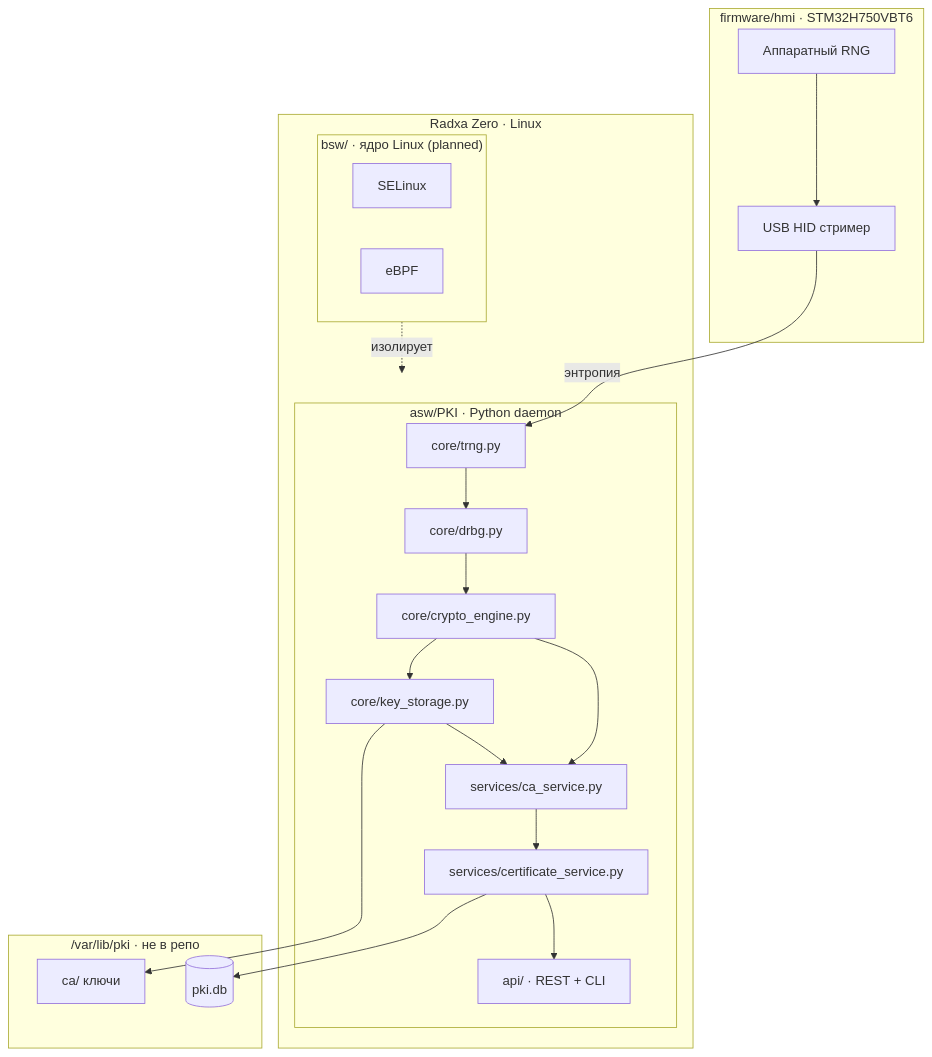
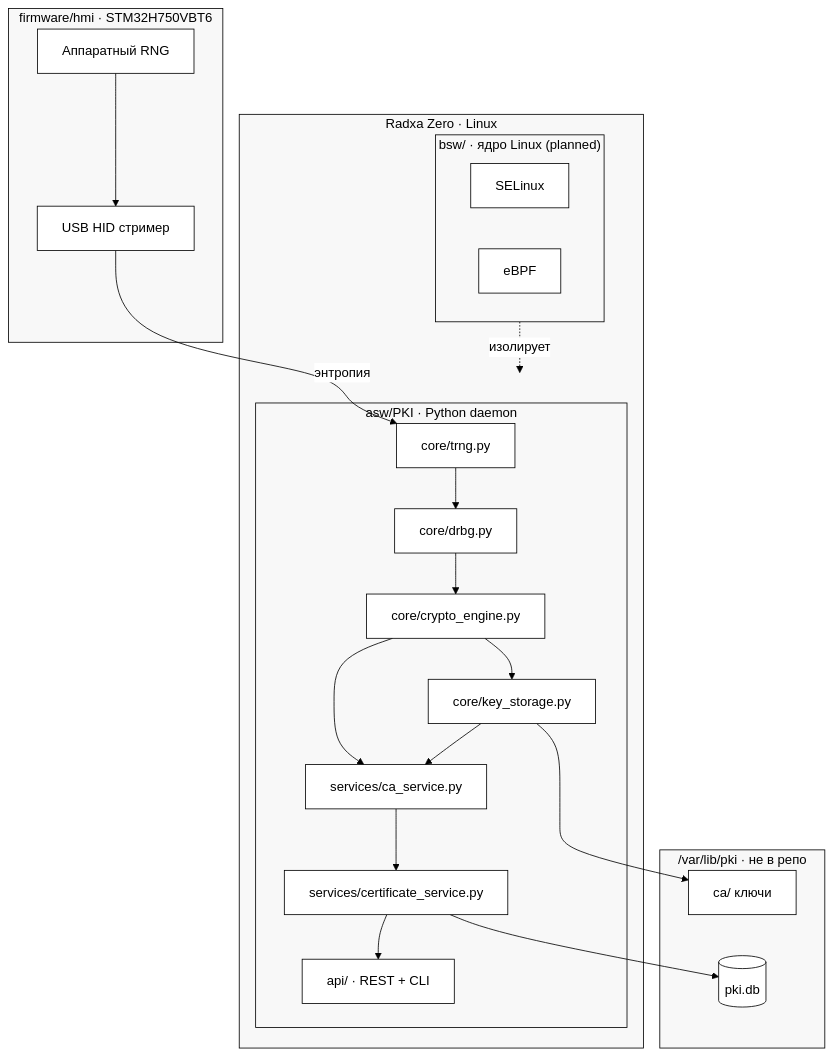
The first of 2 diagrams in README.md (vasilievsv/hw.pki-on-box), drawn with Mermaid before and after one commit. The commit also changed other lines of this file, not shown here.

Commit message:
docs: mermaid b&w theme + node alignment

````diff
--- a/README.md
+++ b/README.md
@@ -43,37 +43,39 @@
 ```mermaid
+%%{init: {'theme': 'base', 'themeVariables': {'primaryColor': '#ffffff', 'primaryTextColor': '#000000', 'primaryBorderColor': '#000000', 'lineColor': '#000000', 'secondaryColor': '#f0f0f0', 'tertiaryColor': '#ffffff', 'background': '#ffffff', 'mainBkg': '#ffffff', 'nodeBorder': '#000000', 'clusterBkg': '#f8f8f8', 'clusterBorder': '#000000', 'titleColor': '#000000', 'edgeLabelBackground': '#ffffff'}}}%%
 graph TB
     subgraph HMI["firmware/hmi · STM32H750VBT6"]
         TRNG_HW[Аппаратный RNG] --> USB_HID[USB HID стример]
     end
 
     subgraph SBC["Radxa Zero · Linux"]
         subgraph ASW["asw/PKI · Python daemon"]
             TRNG[core/trng.py]
             DRBG[core/drbg.py]
             CRYPTO[core/crypto_engine.py]
             KEYS[core/key_storage.py]
             CA[services/ca_service.py]
             CERT[services/certificate_service.py]
             API[api/ · REST + CLI]
 
             TRNG --> DRBG --> CRYPTO --> KEYS
             CRYPTO --> CA --> CERT --> API
             KEYS --> CA
         end
 
         subgraph BSW["bsw/ · ядро Linux (planned)"]
             SELINUX[SELinux]
             EBPF[eBPF]
         end
     end
 
     subgraph STORAGE["/var/lib/pki · не в репо"]
         CA_KEYS[ca/ ключи]
         DB[(pki.db)]
+        CA_KEYS ~~~ DB
     end
 
     USB_HID -->|энтропия| TRNG
     BSW -. изолирует .-> ASW
     KEYS --> CA_KEYS
     CERT --> DB
 ```
````
